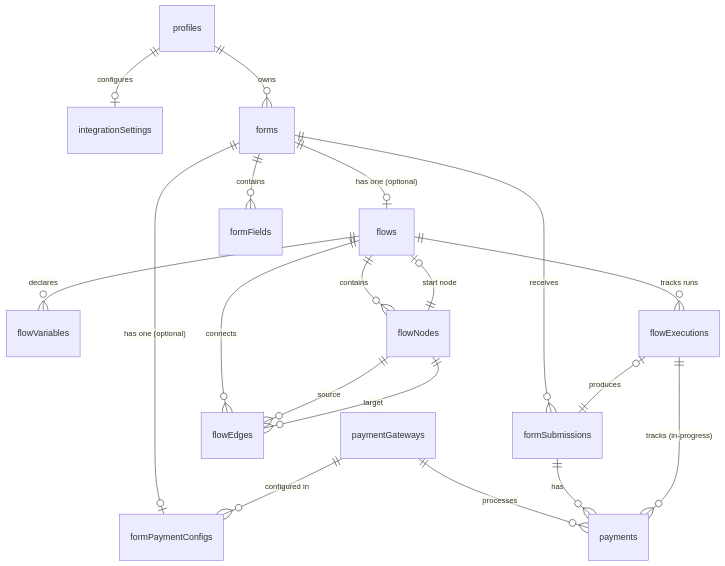
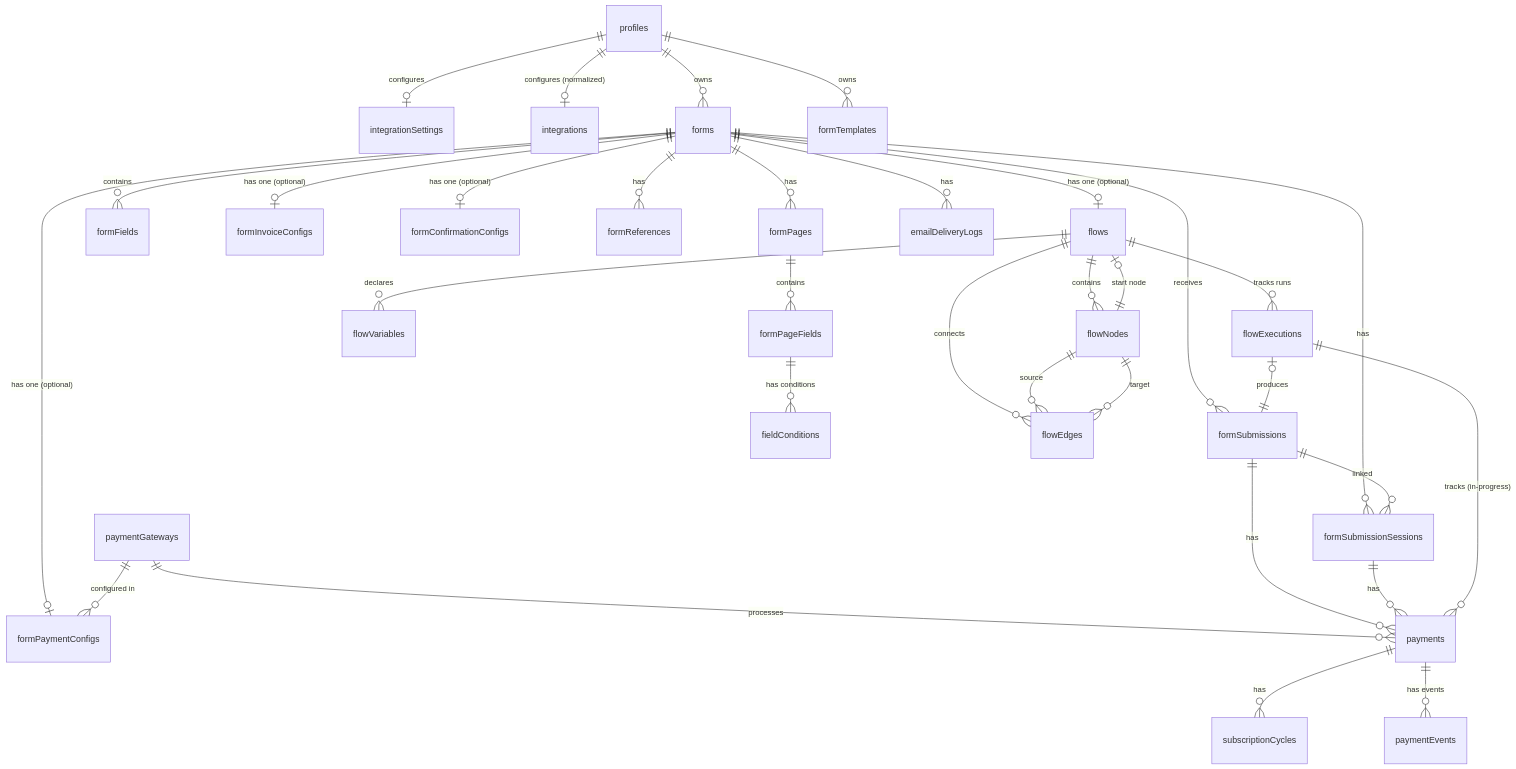
One commit to zafajardo9/ponko-form changed the diagram in memory-ponko/DATABASE.md. Above: the diagram before and after it, drawn with Mermaid. The commit also changed other lines of this file and 11 other files, not shown here.

````diff
--- a/memory-ponko/DATABASE.md
+++ b/memory-ponko/DATABASE.md
@@ -19,21 +20,35 @@
 ```mermaid
 erDiagram
     profiles ||--o| integrationSettings : "configures"
+    profiles ||--o| integrations : "configures (normalized)"
     profiles ||--o{ forms : "owns"
+    profiles ||--o{ formTemplates : "owns"
     forms ||--o| flows : "has one (optional)"
     forms ||--o{ formFields : "contains"
     forms ||--o{ formSubmissions : "receives"
     forms ||--o| formPaymentConfigs : "has one (optional)"
+    forms ||--o| formInvoiceConfigs : "has one (optional)"
+    forms ||--o| formConfirmationConfigs : "has one (optional)"
+    forms ||--o{ formReferences : "has"
+    forms ||--o{ formPages : "has"
+    formPages ||--o{ formPageFields : "contains"
+    formPageFields ||--o{ fieldConditions : "has conditions"
+    forms ||--o{ emailDeliveryLogs : "has"
+    forms ||--o{ formSubmissionSessions : "has"
+    formSubmissions ||--o{ formSubmissionSessions : "linked"
     flows ||--o{ flowVariables : "declares"
     flows ||--o{ flowNodes : "contains"
     flows ||--o{ flowEdges : "connects"
     flows ||--o{ flowExecutions : "tracks runs"
     flowNodes ||--o{ flowEdges : "source"
     flowNodes ||--o{ flowEdges : "target"
     flows |o--|| flowNodes : "start node"
     paymentGateways ||--o{ formPaymentConfigs : "configured in"
     paymentGateways ||--o{ payments : "processes"
     formSubmissions ||--o{ payments : "has"
+    formSubmissionSessions ||--o{ payments : "has"
     flowExecutions ||--o{ payments : "tracks (in-progress)"
     flowExecutions |o--|| formSubmissions : "produces"
+    payments ||--o{ subscriptionCycles : "has"
+    payments ||--o{ paymentEvents : "has events"
 ```
````
